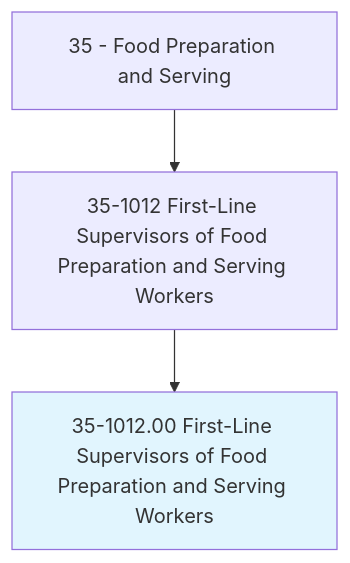
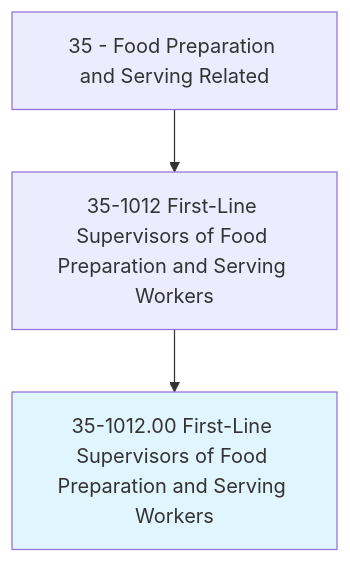
The first of 4 diagrams in occupations/FoodService/FirstLineSupervisorsOfFoodPreparationAndServingWorkers.mdx (kziemski/business.org.ai), drawn with Mermaid before and after one commit. The commit also changed other lines of this file and 938 other files, not shown here.

````diff
--- a/occupations/FoodService/FirstLineSupervisorsOfFoodPreparationAndServingWorkers.mdx
+++ b/occupations/FoodService/FirstLineSupervisorsOfFoodPreparationAndServingWorkers.mdx
@@ -19,6 +23,6 @@
 ```mermaid
 graph TD
-    Cat35["35 - Food Preparation and Serving"] --> Group351012["35-1012 First-Line Supervisors of Food Preparation and Serving Workers"]
+    Cat35["35 - Food Preparation and Serving Related"] --> Group351012["35-1012 First-Line Supervisors of Food Preparation and Serving Workers"]
     Group351012 --> Current["35-1012.00 First-Line Supervisors of Food Preparation and Serving Workers"]
     style Current fill:#e1f5fe
 ```
````
